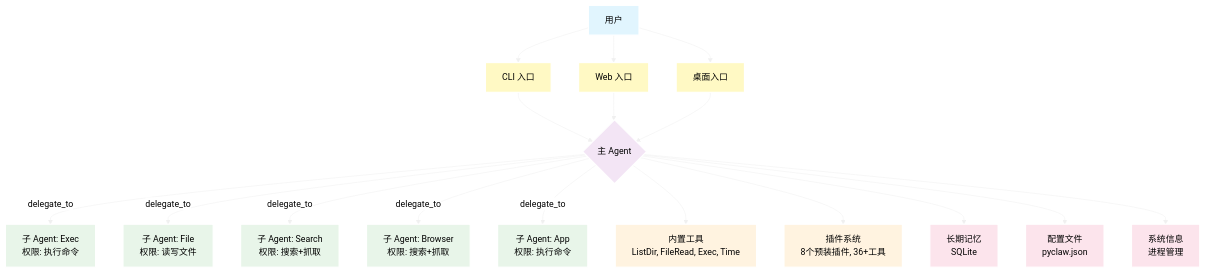
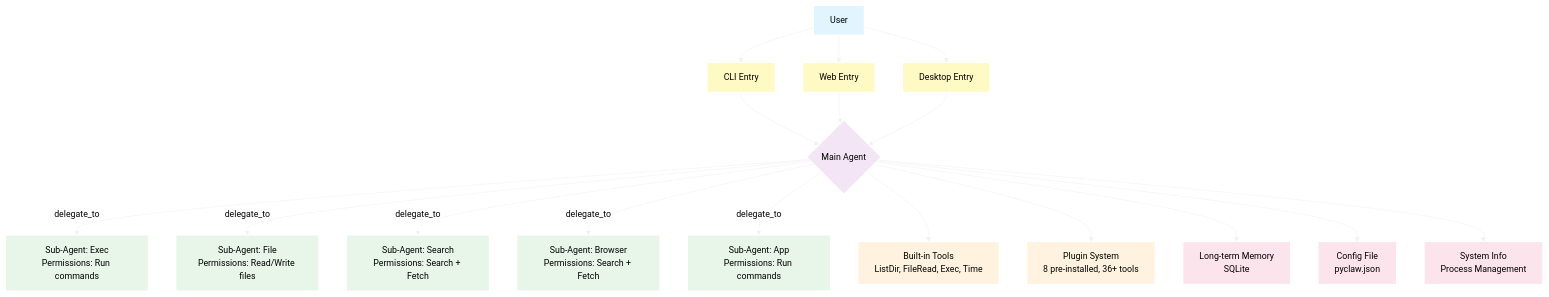
Before and after one commit to LK-BLOG/PyClaw: the diagram in README.md, drawn with Mermaid.

Commit message:
Translate Mermaid diagram labels to English

````diff
--- a/README.md
+++ b/README.md
@@ -131,44 +131,38 @@
 ```mermaid
 %%{init: { 'theme': 'base', 'themeVariables': { 'primaryTextColor': '#000000', 'primaryColor': '#fff', 'lineColor': '#F0F0F0', 'primaryBorderColor': '#F0F0F0' } } }%%
 graph TD
-    %% 入口层
-    U[用户] --> C[CLI 入口]
-    U --> W[Web 入口]
-    U --> D[桌面入口]
+    U[User] --> C[CLI Entry]
+    U --> W[Web Entry]
+    U --> D[Desktop Entry]
     
-    %% 核心层
-    C --> A{主 Agent}
+    C --> A{Main Agent}
     W --> A
     D --> A
 
-    %% 子 Agent 层
-    A -->|delegate_to| E[子 Agent: Exec<br>权限: 执行命令]
-    A -->|delegate_to| F[子 Agent: File<br>权限: 读写文件]
-    A -->|delegate_to| S[子 Agent: Search<br>权限: 搜索+抓取]
-    A -->|delegate_to| B[子 Agent: Browser<br>权限: 搜索+抓取]
-    A -->|delegate_to| AP[子 Agent: App<br>权限: 执行命令]
+    A -->|delegate_to| E[Sub-Agent: Exec<br>Permissions: Run commands]
+    A -->|delegate_to| F[Sub-Agent: File<br>Permissions: Read/Write files]
+    A -->|delegate_to| S[Sub-Agent: Search<br>Permissions: Search + Fetch]
+    A -->|delegate_to| B[Sub-Agent: Browser<br>Permissions: Search + Fetch]
+    A -->|delegate_to| AP[Sub-Agent: App<br>Permissions: Run commands]
 
-    %% 工具与插件层
-    A --> T[内置工具<br>ListDir, FileRead, Exec, Time]
-    A --> P[插件系统<br>8个预装插件, 36+工具]
+    A --> T[Built-in Tools<br>ListDir, FileRead, Exec, Time]
+    A --> P[Plugin System<br>8 pre-installed, 36+ tools]
 
-    %% 数据与存储层
-    A --> M[长期记忆<br>SQLite]
-    A --> CF[配置文件<br>pyclaw.json]
-    A --> SYS[系统信息<br>进程管理]
+    A --> M[Long-term Memory<br>SQLite]
+    A --> CF[Config File<br>pyclaw.json]
+    A --> SYS[System Info<br>Process Management]
 
-    %% 样式定义
     classDef user fill:#e1f5fe,stroke:#ffffff,stroke-width:2px,color:#000;
     classDef entry fill:#fff9c4,stroke:#ffffff,stroke-width:2px,color:#000;
     classDef core fill:#f3e5f5,stroke:#ffffff,stroke-width:2px,color:#000;
     classDef subagent fill:#e8f5e9,stroke:#ffffff,stroke-width:2px,color:#000;
     classDef tool fill:#fff3e0,stroke:#ffffff,stroke-width:2px,color:#000;
     classDef storage fill:#fce4ec,stroke:#ffffff,stroke-width:2px,color:#000;
 
     class U user;
     class C,W,D entry;
     class A core;
     class E,F,S,B,AP subagent;
     class T,P tool;
     class M,CF,SYS storage;
 ```
````
